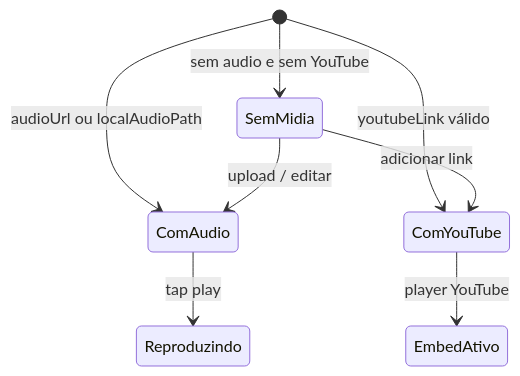
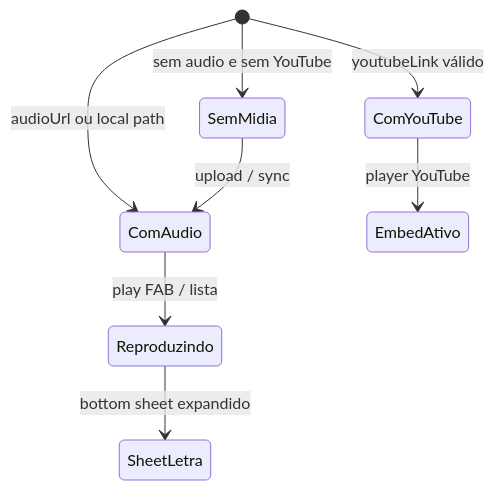
Before and after one commit to Rdinda/FMA_Pontos: the third of 4 diagrams in _reversa_sdd/ui/flow.md, drawn with Mermaid. The commit also changed other lines of this file and 43 other files, not shown here.

````diff
--- a/_reversa_sdd/ui/flow.md
+++ b/_reversa_sdd/ui/flow.md
@@ -52,10 +67,10 @@
 ```mermaid
 stateDiagram-v2
     [*] --> SemMidia: sem audio e sem YouTube
-    [*] --> ComAudio: audioUrl ou localAudioPath
+    [*] --> ComAudio: audioUrl ou local path
     [*] --> ComYouTube: youtubeLink válido
-    SemMidia --> ComAudio: upload / editar
-    SemMidia --> ComYouTube: adicionar link
-    ComAudio --> Reproduzindo: tap play
+    SemMidia --> ComAudio: upload / sync
+    ComAudio --> Reproduzindo: play FAB / lista
+    Reproduzindo --> SheetLetra: bottom sheet expandido
     ComYouTube --> EmbedAtivo: player YouTube
 ```
````
